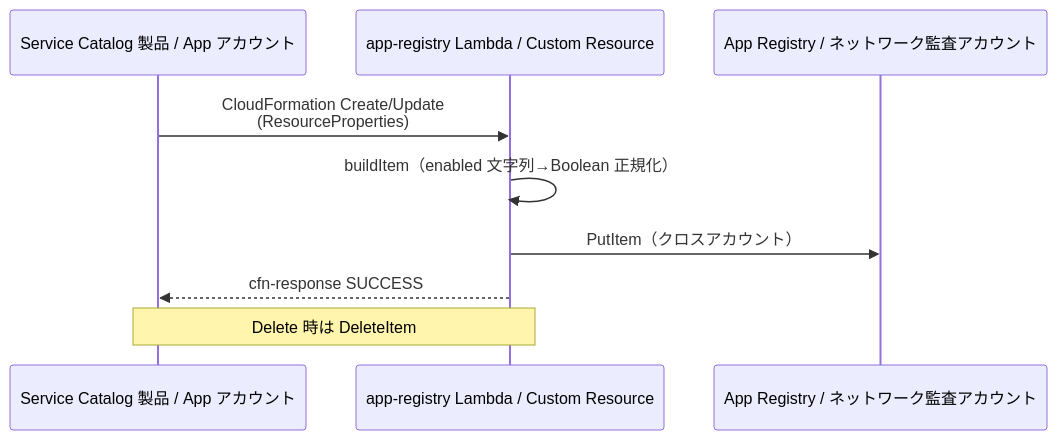
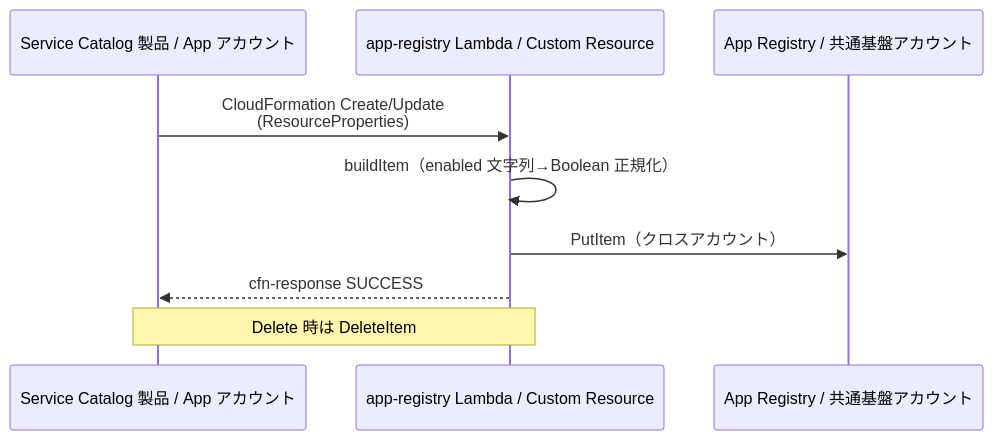
One commit to suepie/aws-atuh-poc changed the diagram in doc/api-platform/basic-design/12-app-registry-design.md. Above: the diagram before and after it, drawn with Mermaid. The commit also changed other lines of this file and 27 other files, not shown here.

````diff
--- a/doc/api-platform/basic-design/12-app-registry-design.md
+++ b/doc/api-platform/basic-design/12-app-registry-design.md
@@ -43,12 +43,12 @@
 ```mermaid
 sequenceDiagram
     participant SC as Service Catalog 製品 / App アカウント
     participant CR as app-registry Lambda / Custom Resource
-    participant DDB as App Registry / ネットワーク監査アカウント
+    participant DDB as App Registry / 共通基盤アカウント
 
     SC->>CR: CloudFormation Create/Update<br/>(ResourceProperties)
     CR->>CR: buildItem（enabled 文字列→Boolean 正規化）
     CR->>DDB: PutItem（クロスアカウント）
     CR-->>SC: cfn-response SUCCESS
     Note over SC,CR: Delete 時は DeleteItem
 ```
````
